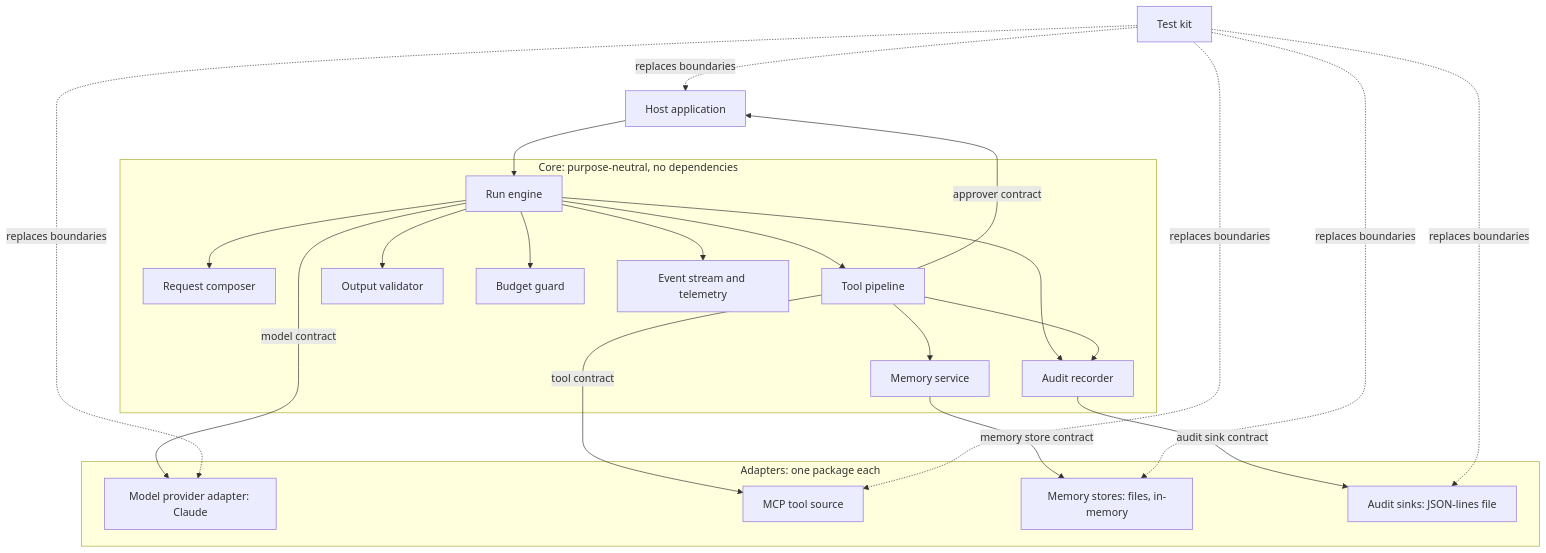
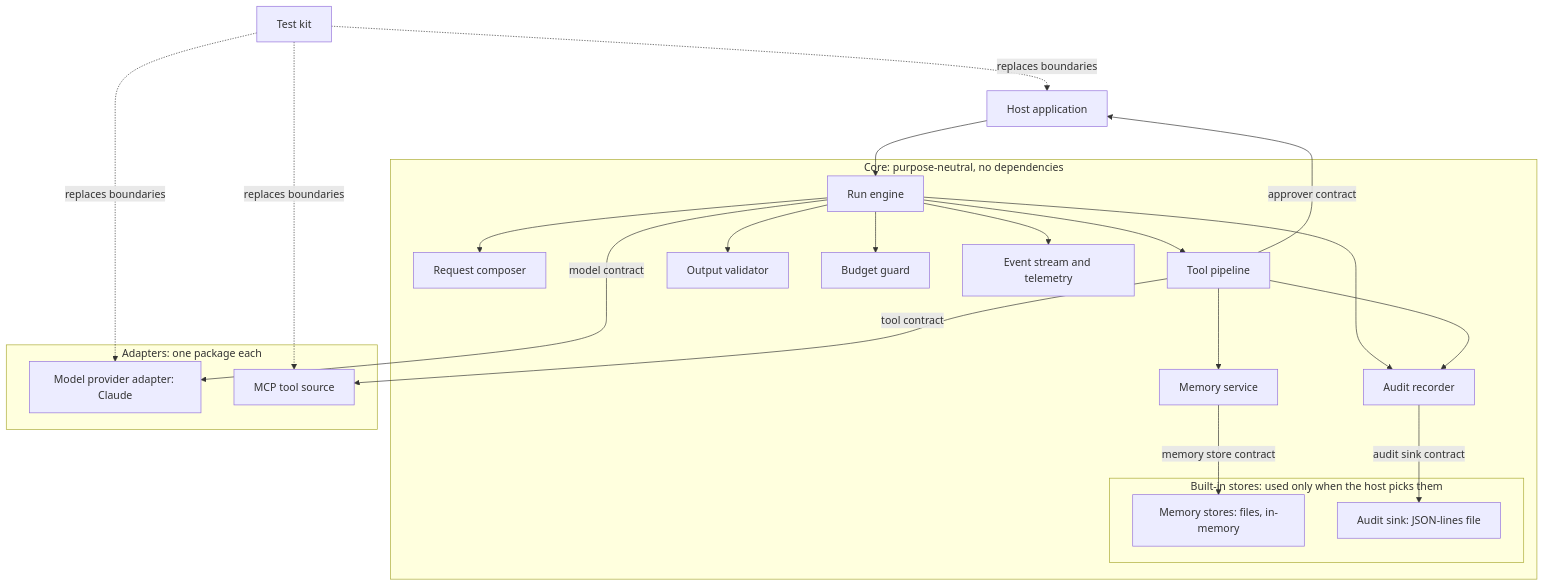
The second of 6 diagrams in ARCHITECTURE.md (sleepyshark85/Officina), drawn with Mermaid before and after one commit. The commit also changed other lines of this file and 21 other files, not shown here.

First line of the commit message:
Core: built-in memory stores and audit sink, used only when picked

````diff
--- a/ARCHITECTURE.md
+++ b/ARCHITECTURE.md
@@ -62,31 +62,33 @@
 ```mermaid
 flowchart TB
     Host[Host application]
     subgraph Core[Core: purpose-neutral, no dependencies]
         Runtime[Run engine]
         Composer[Request composer]
         Pipeline[Tool pipeline]
         Memory[Memory service]
         Output[Output validator]
         Guard[Budget guard]
         Events[Event stream and telemetry]
         Audit[Audit recorder]
+        subgraph BuiltIn[Built-in stores: used only when the host picks them]
+            Stores[Memory stores: files, in-memory]
+            Sinks[Audit sink: JSON-lines file]
+        end
     end
     subgraph Adapters[Adapters: one package each]
         Provider[Model provider adapter: Claude]
         McpSrc[MCP tool source]
-        Stores[Memory stores: files, in-memory]
-        Sinks[Audit sinks: JSON-lines file]
     end
     Kit[Test kit]
     Host --> Runtime
     Runtime --> Composer & Pipeline & Output & Guard & Events & Audit
     Pipeline --> Audit
     Audit -->|audit sink contract| Sinks
     Pipeline --> Memory
     Runtime -->|model contract| Provider
     Pipeline -->|tool contract| McpSrc
     Pipeline -->|approver contract| Host
     Memory -->|memory store contract| Stores
-    Kit -.->|replaces boundaries| Provider & McpSrc & Stores & Sinks & Host
+    Kit -.->|replaces boundaries| Provider & McpSrc & Host
 ```
````
